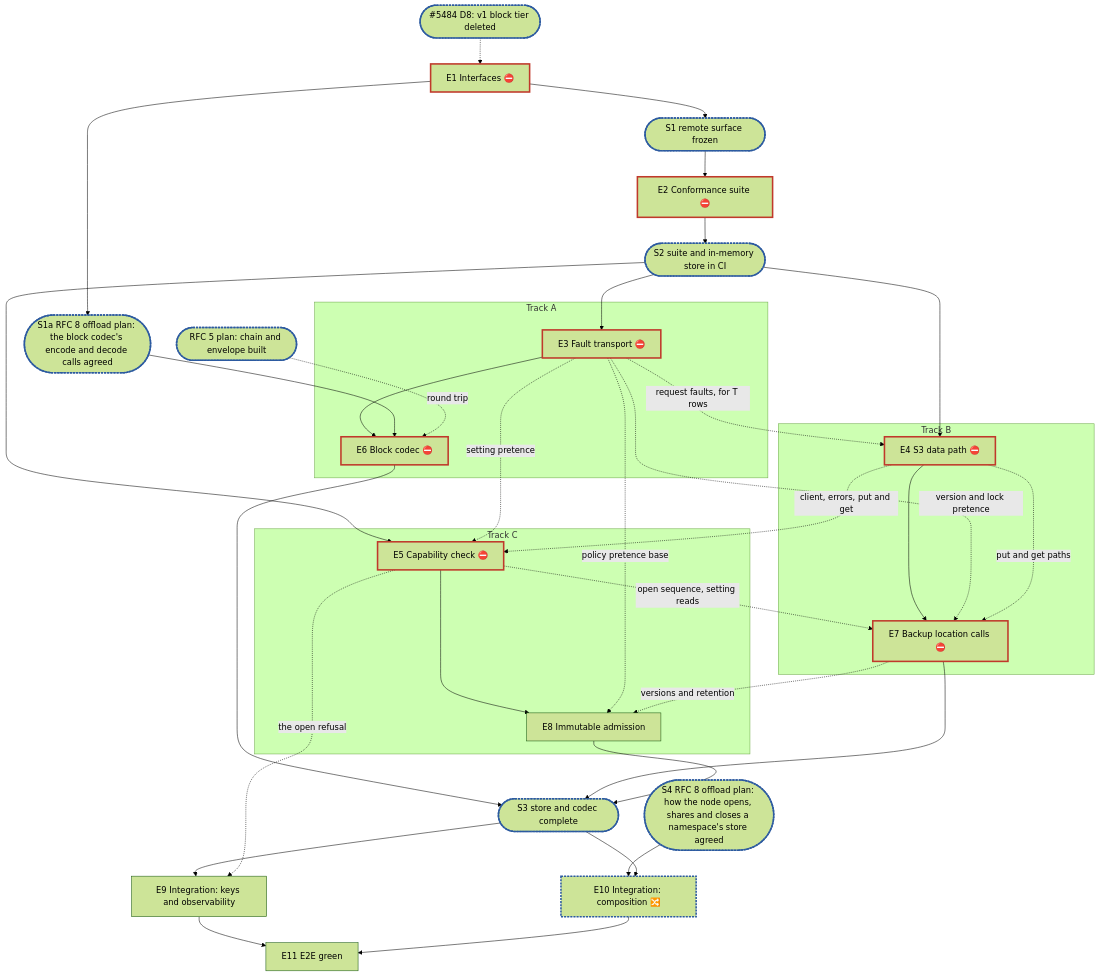
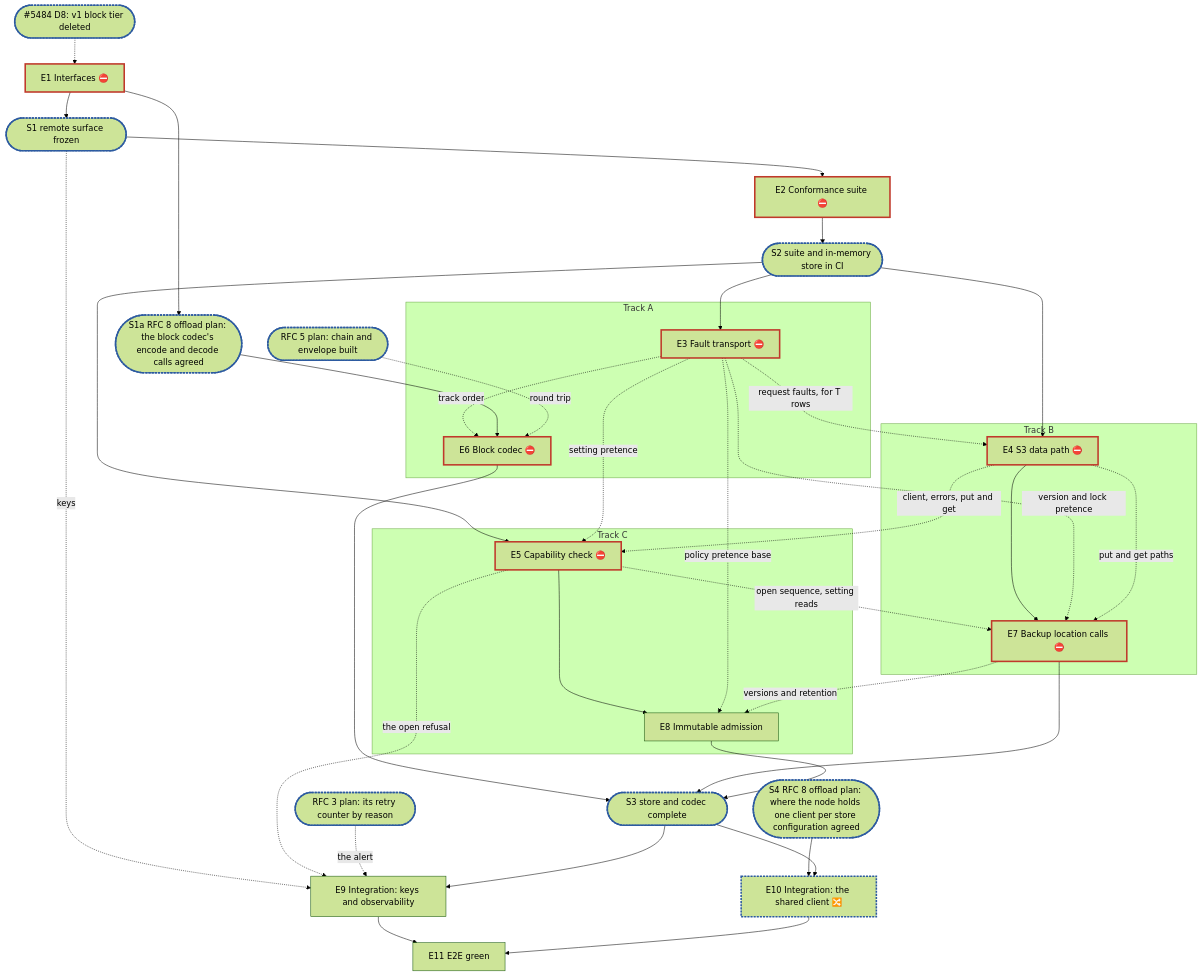
The diagram in .planning/rfc-4-remote-tier-plan.md (cubbit/dittofs), drawn with Mermaid (forest theme) before and after one commit. The commit also changed other lines of this file, not shown here.

Commit message:
docs(planning): fold the review passes into the RFC 4 plan

````diff
--- a/.planning/rfc-4-remote-tier-plan.md
+++ b/.planning/rfc-4-remote-tier-plan.md
@@ -292,35 +308,37 @@
 ```mermaid
 flowchart TD
   D8(["#5484 D8: v1 block tier deleted"]):::sync -.-> E1
   E1["E1 Interfaces ⛔"]:::blocker --> S1(["S1 remote surface frozen"]):::sync
   E1 --> S1a(["S1a RFC 8 offload plan: the block codec's encode and decode calls agreed"]):::sync
   S1 --> E2["E2 Conformance suite ⛔"]:::blocker --> S2(["S2 suite and in-memory store in CI"]):::sync
   subgraph A["Track A"]
-    E3["E3 Fault transport ⛔"]:::blocker --> E6["E6 Block codec ⛔"]:::blocker
+    E3["E3 Fault transport ⛔"]:::blocker -. "track order" .-> E6["E6 Block codec ⛔"]:::blocker
   end
   subgraph B["Track B"]
     E4["E4 S3 data path ⛔"]:::blocker --> E7["E7 Backup location calls ⛔"]:::blocker
   end
   subgraph C["Track C"]
     E5["E5 Capability check ⛔"]:::blocker --> E8["E8 Immutable admission"]
   end
   S2 --> E3 & E4 & E5
   S1a --> E6
   R5(["RFC 5 plan: chain and envelope built"]):::sync -. "round trip" .-> E6
   E3 -. "request faults, for T rows" .-> E4
   E3 -. "setting pretence" .-> E5
   E3 -. "version and lock pretence" .-> E7
   E3 -. "policy pretence base" .-> E8
   E4 -. "client, errors, put and get" .-> E5
   E4 -. "put and get paths" .-> E7
   E5 -. "open sequence, setting reads" .-> E7
   E7 -. "versions and retention" .-> E8
+  S1 -. "keys" .-> E9["E9 Integration: keys and observability"]
+  E5 -. "the open refusal" .-> E9
+  R3(["RFC 3 plan: its retry counter by reason"]):::sync -. "the alert" .-> E9
   E6 & E7 & E8 --> S3(["S3 store and codec complete"]):::sync
-  S3 --> E9["E9 Integration: keys and observability"]
-  E5 -. "the open refusal" .-> E9
-  S4(["S4 RFC 8 offload plan: how the node opens, shares and closes a namespace's store agreed"]):::sync --> E10["E10 Integration: composition 🔀"]:::sync
+  S3 --> E9
+  S4(["S4 RFC 8 offload plan: where the node holds one client per store configuration agreed"]):::sync --> E10["E10 Integration: the shared client 🔀"]:::sync
   S3 --> E10
   E9 & E10 --> E11["E11 E2E green"]
   classDef blocker stroke:#c0392b,stroke-width:3px
   classDef sync stroke:#2c5aa0,stroke-width:3px,stroke-dasharray:4 2
 ```
````
